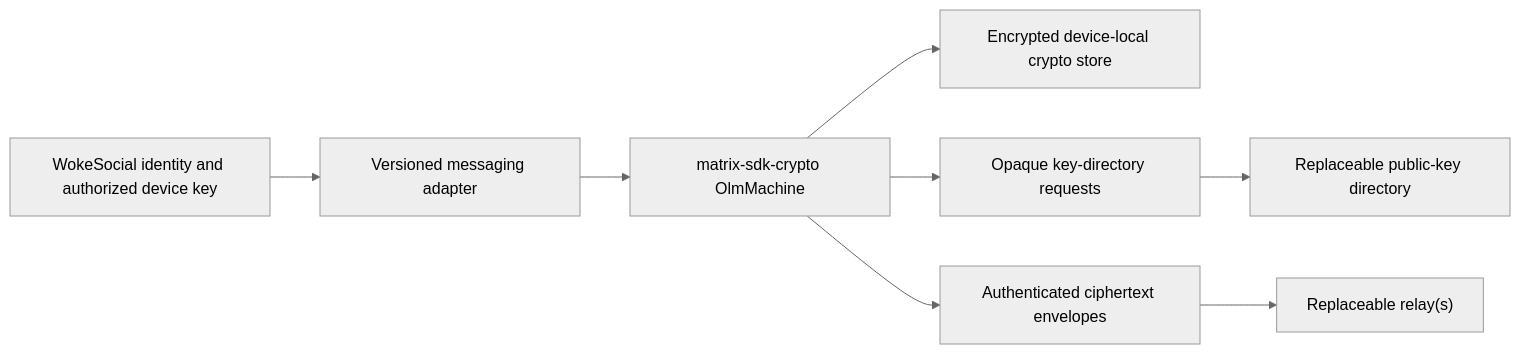
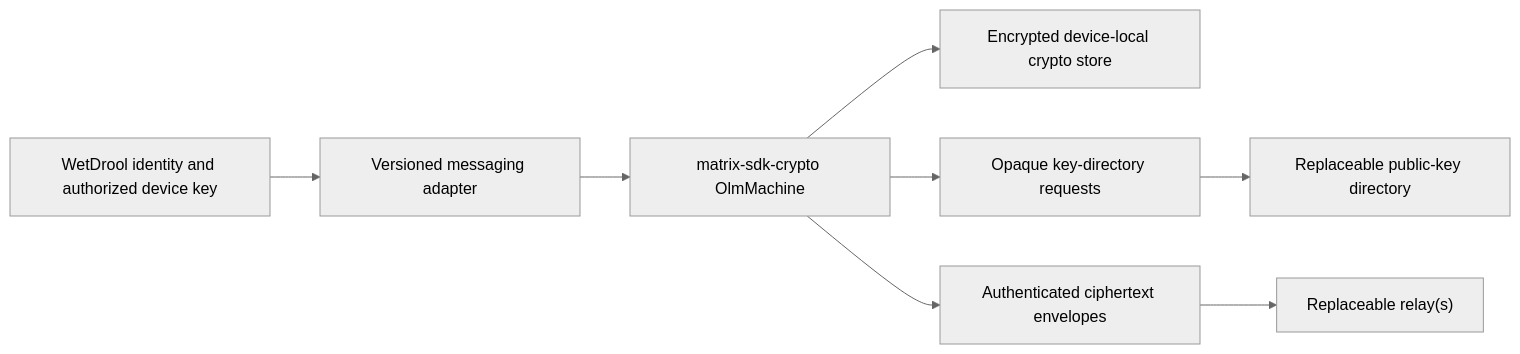
Before and after one commit to droolson/wetdrool: the diagram in docs/DECISIONS/0007-messaging-cryptographic-engine.md, drawn with Mermaid (neutral theme). The commit also changed other lines of this file and 588 other files, not shown here.

````diff
--- a/docs/DECISIONS/0007-messaging-cryptographic-engine.md
+++ b/docs/DECISIONS/0007-messaging-cryptographic-engine.md
@@ -39,10 +39,10 @@
 ```mermaid
 flowchart LR
-    Identity["WokeSocial identity and authorized device key"] --> Adapter["Versioned messaging adapter"]
+    Identity["WetDrool identity and authorized device key"] --> Adapter["Versioned messaging adapter"]
     Adapter --> Engine["matrix-sdk-crypto OlmMachine"]
     Engine --> State["Encrypted device-local crypto store"]
     Engine --> Requests["Opaque key-directory requests"]
     Engine --> Ciphertext["Authenticated ciphertext envelopes"]
     Requests --> ReplaceableDirectory["Replaceable public-key directory"]
     Ciphertext --> ReplaceableRelay["Replaceable relay(s)"]
 ```
````
